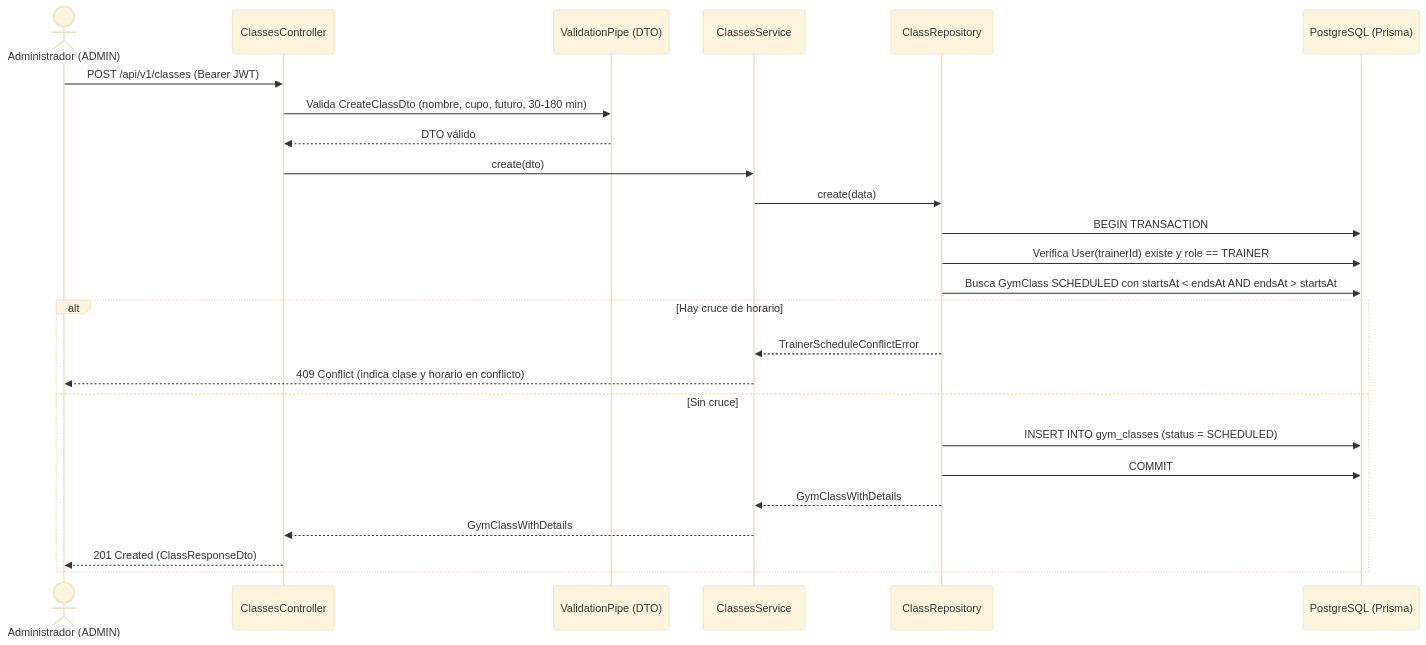
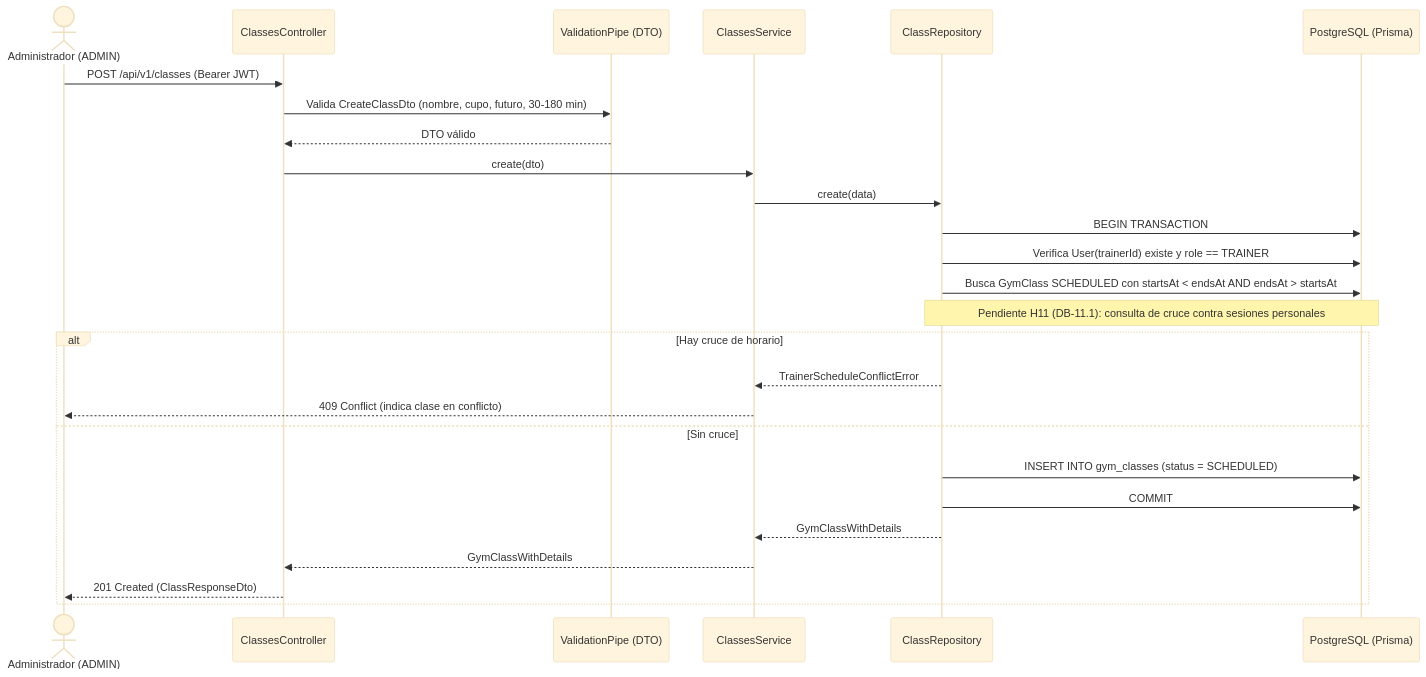
The second of 2 diagrams in src/classes/README.md (DaniloII09/gymhub), drawn with Mermaid (base theme) before and after one commit. The commit also changed other lines of this file and 21 other files, not shown here.

````diff
--- a/src/classes/README.md
+++ b/src/classes/README.md
@@ -67,28 +90,29 @@
 ```mermaid
 sequenceDiagram
     actor Admin as Administrador (ADMIN)
     participant Ctrl as ClassesController
     participant Pipe as ValidationPipe (DTO)
     participant Svc as ClassesService
     participant Repo as ClassRepository
     participant DB as PostgreSQL (Prisma)
 
     Admin->>Ctrl: POST /api/v1/classes (Bearer JWT)
     Ctrl->>Pipe: Valida CreateClassDto (nombre, cupo, futuro, 30-180 min)
     Pipe-->>Ctrl: DTO válido
     Ctrl->>Svc: create(dto)
     Svc->>Repo: create(data)
     Repo->>DB: BEGIN TRANSACTION
     Repo->>DB: Verifica User(trainerId) existe y role == TRAINER
     Repo->>DB: Busca GymClass SCHEDULED con startsAt < endsAt AND endsAt > startsAt
+    Note over Repo,DB: Pendiente H11 (DB-11.1): consulta de cruce contra sesiones personales
     alt Hay cruce de horario
         Repo-->>Svc: TrainerScheduleConflictError
-        Svc-->>Admin: 409 Conflict (indica clase y horario en conflicto)
+        Svc-->>Admin: 409 Conflict (indica clase en conflicto)
     else Sin cruce
         Repo->>DB: INSERT INTO gym_classes (status = SCHEDULED)
         Repo->>DB: COMMIT
         Repo-->>Svc: GymClassWithDetails
         Svc-->>Ctrl: GymClassWithDetails
         Ctrl-->>Admin: 201 Created (ClassResponseDto)
     end
 ```
````
